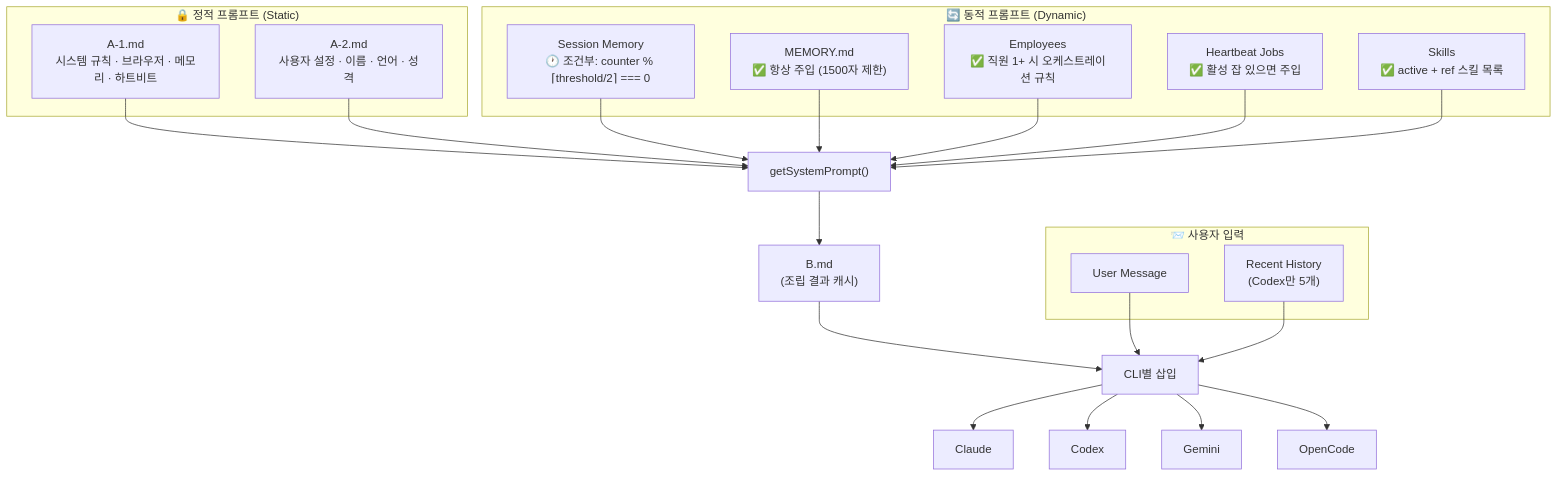
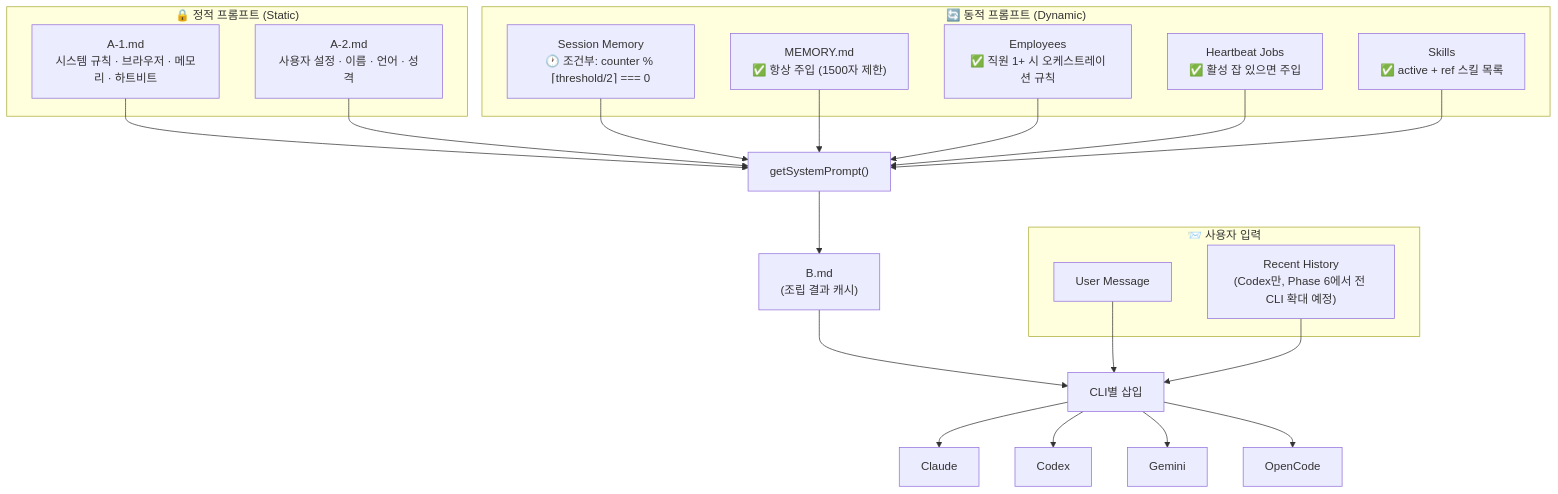
The first of 3 diagrams in devlog/str_func/prompt_flow.md (bitkyc08-arch/cli-jaw), drawn with Mermaid before and after one commit. The commit also changed other lines of this file and 461 other files, not shown here.

````diff
--- a/devlog/str_func/prompt_flow.md
+++ b/devlog/str_func/prompt_flow.md
@@ -9,36 +9,36 @@
 ```mermaid
 graph TD
     subgraph "🔒 정적 프롬프트 (Static)"
         A1["A-1.md<br/>시스템 규칙 · 브라우저 · 메모리 · 하트비트"]
         A2["A-2.md<br/>사용자 설정 · 이름 · 언어 · 성격"]
     end
 
     subgraph "🔄 동적 프롬프트 (Dynamic)"
         SM["Session Memory<br/>🕐 조건부: counter % ⌈threshold/2⌉ === 0"]
         CM["MEMORY.md<br/>✅ 항상 주입 (1500자 제한)"]
         EMP["Employees<br/>✅ 직원 1+ 시 오케스트레이션 규칙"]
         HB["Heartbeat Jobs<br/>✅ 활성 잡 있으면 주입"]
         SK["Skills<br/>✅ active + ref 스킬 목록"]
     end
 
     subgraph "📨 사용자 입력"
         USER["User Message"]
-        HIST["Recent History<br/>(Codex만 5개)"]
+        HIST["Recent History<br/>(Codex만, Phase 6에서 전 CLI 확대 예정)"]
     end
 
     A1 --> MERGE["getSystemPrompt()"]
     A2 --> MERGE
     SM --> MERGE
     CM --> MERGE
     EMP --> MERGE
     HB --> MERGE
     SK --> MERGE
     MERGE --> B["B.md<br/>(조립 결과 캐시)"]
     B --> INJECT["CLI별 삽입"]
     USER --> INJECT
     HIST --> INJECT
     INJECT --> CLAUDE["Claude"]
     INJECT --> CODEX["Codex"]
     INJECT --> GEMINI["Gemini"]
     INJECT --> OPENCODE["OpenCode"]
 ```
````
